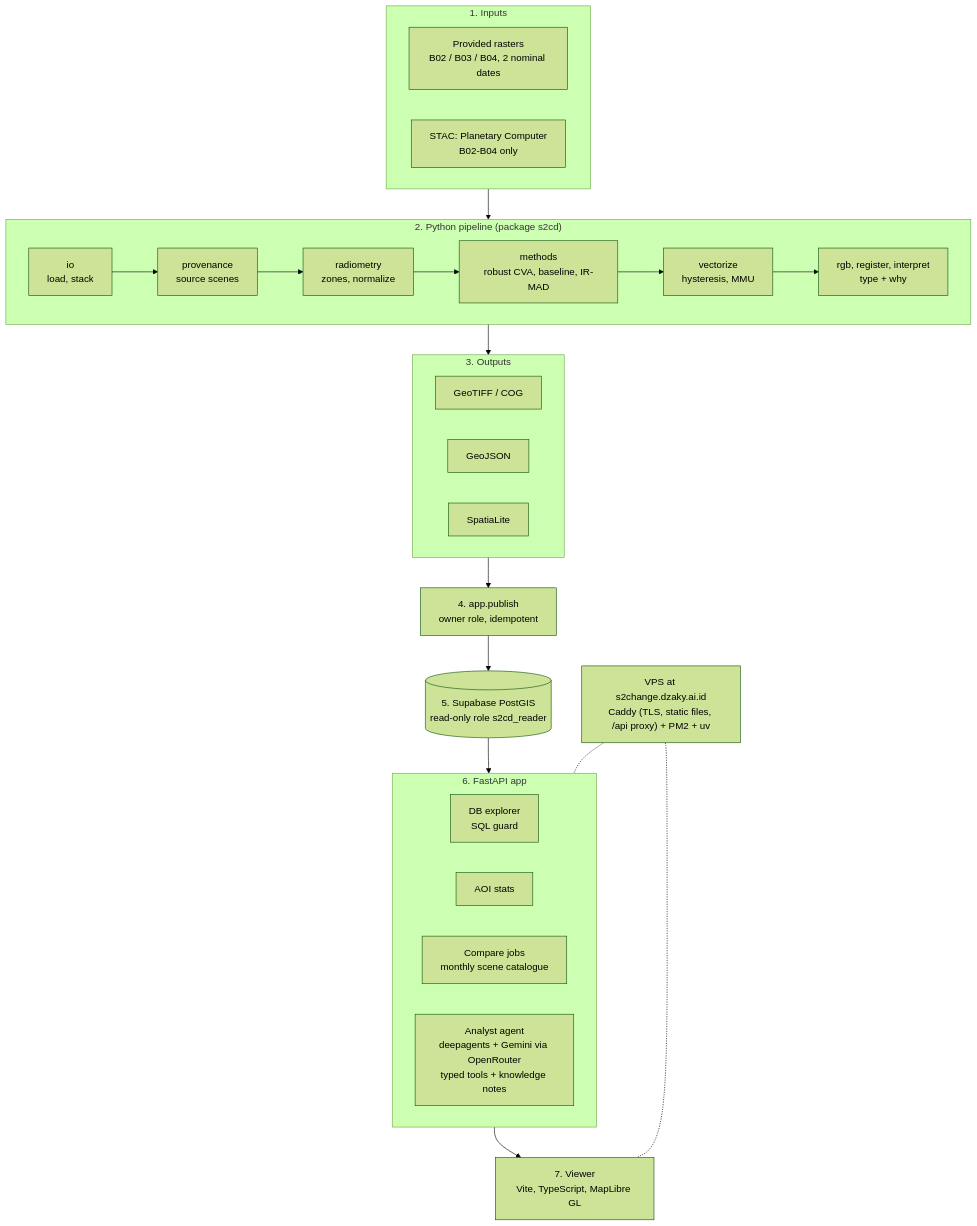
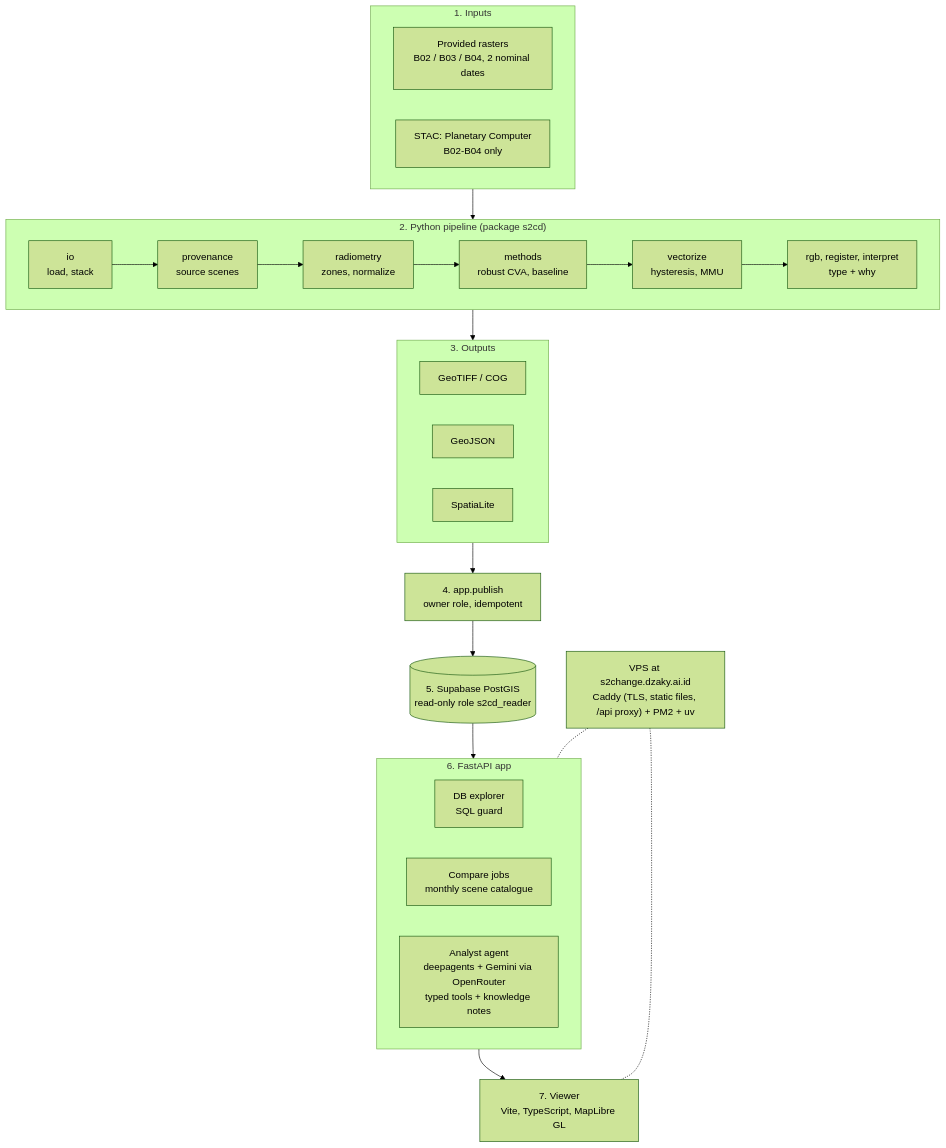
One commit to dzakybd/s2change changed the first of 2 diagrams in docs/web/report/report.md. Above: the diagram before and after it, drawn with Mermaid (forest theme). The commit also changed other lines of this file and 100 other files, not shown here.

````diff
--- a/docs/web/report/report.md
+++ b/docs/web/report/report.md
@@ -205,32 +204,31 @@
 ```mermaid
 flowchart TB
   subgraph IN["1. Inputs"]
     direction LR
     RAS["Provided rasters<br/>B02 / B03 / B04, 2 nominal dates"]
     STAC["STAC: Planetary Computer<br/>B02-B04 only"]
   end
   subgraph PIPE["2. Python pipeline (package s2cd)"]
     direction LR
-    IO["io<br/>load, stack"] --> PROV["provenance<br/>source scenes"] --> RAD["radiometry<br/>zones, normalize"] --> METH["methods<br/>robust CVA, baseline, IR-MAD"] --> VEC["vectorize<br/>hysteresis, MMU"] --> INT["rgb, register, interpret<br/>type + why"]
+    IO["io<br/>load, stack"] --> PROV["provenance<br/>source scenes"] --> RAD["radiometry<br/>zones, normalize"] --> METH["methods<br/>robust CVA, baseline"] --> VEC["vectorize<br/>hysteresis, MMU"] --> INT["rgb, register, interpret<br/>type + why"]
   end
   subgraph OUT["3. Outputs"]
     direction LR
     TIF["GeoTIFF / COG"]
     GJ["GeoJSON"]
     SQL["SpatiaLite"]
   end
   PUB["4. app.publish<br/>owner role, idempotent"]
   PG[("5. Supabase PostGIS<br/>read-only role s2cd_reader")]
   subgraph API["6. FastAPI app"]
     direction LR
     DBX["DB explorer<br/>SQL guard"]
-    AOI["AOI stats"]
     CMP["Compare jobs<br/>monthly scene catalogue"]
     AGT["Analyst agent<br/>deepagents + Gemini via OpenRouter<br/>typed tools + knowledge notes"]
   end
   VIEW["7. Viewer<br/>Vite, TypeScript, MapLibre GL"]
   HOST["VPS at s2change.dzaky.ai.id<br/>Caddy (TLS, static files, /api proxy) + PM2 + uv"]
   IN --> PIPE --> OUT --> PUB --> PG --> API --> VIEW
   HOST -.- VIEW
   HOST -.- API
 ```
````
